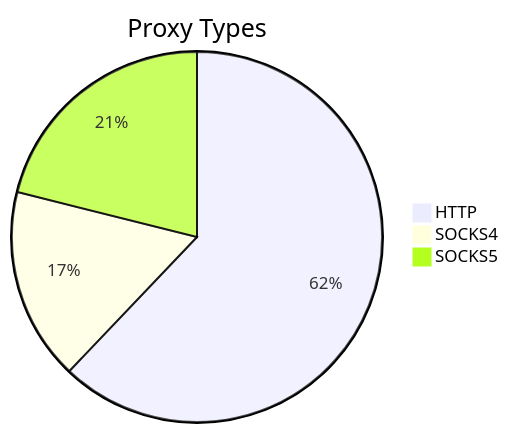
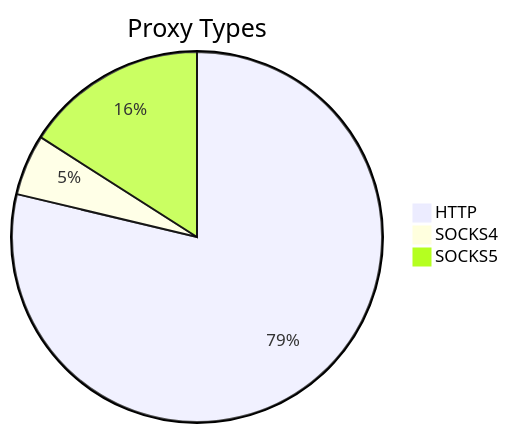
Before and after one commit to stormsia/proxy-list: the first of 2 diagrams in README.md, drawn with Mermaid. The commit also changed other lines of this file, not shown here.

````diff
--- a/README.md
+++ b/README.md
@@ -21,6 +21,6 @@
 ```mermaid
 pie title Proxy Types
-    "HTTP" : 159
-    "SOCKS4" : 43
-    "SOCKS5" : 54
+    "HTTP" : 148
+    "SOCKS4" : 10
+    "SOCKS5" : 30
 ```
````
